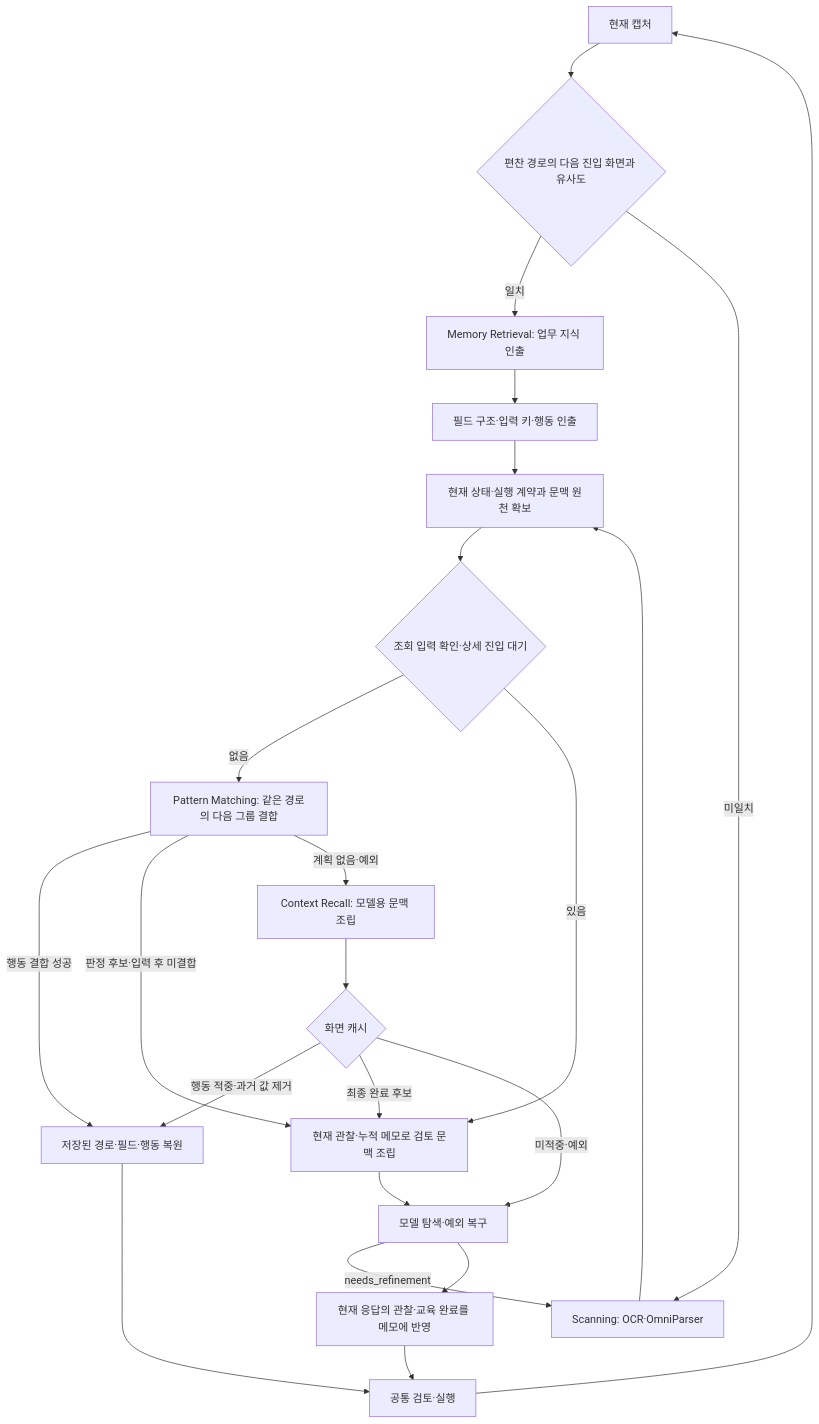
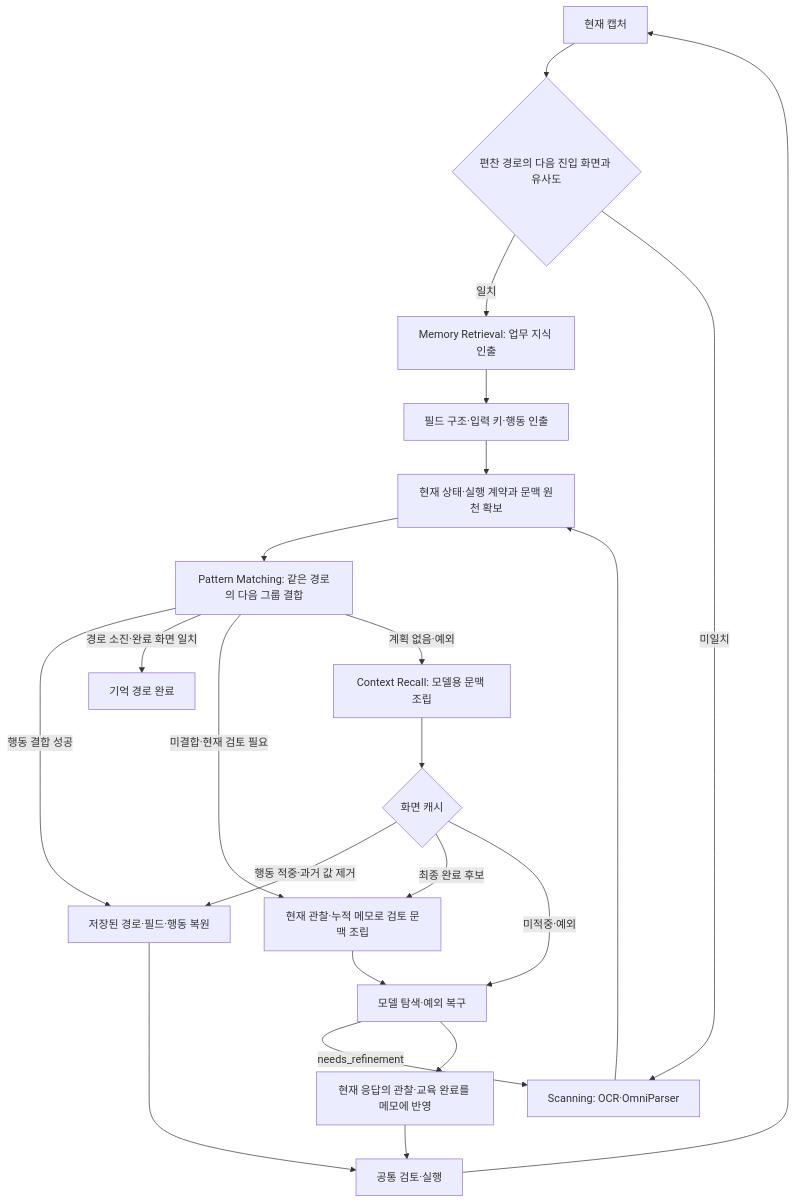
The third of 3 diagrams in docs/code-flow.md (Dreamtreeme/agent-sawon), drawn with Mermaid before and after one commit. The commit also changed other lines of this file and 13 other files, not shown here.

````diff
--- a/docs/code-flow.md
+++ b/docs/code-flow.md
@@ -68,25 +68,24 @@
 ```mermaid
 flowchart TD
     CAP[현재 캡처] --> SIM{편찬 경로의 다음 진입 화면과 유사도}
     SIM -->|일치| MEM[Memory Retrieval: 업무 지식 인출]
     SIM -->|미일치| SCAN[Scanning: OCR·OmniParser]
     MEM --> STRUCTURE[필드 구조·입력 키·행동 인출]
     STRUCTURE --> STATE[현재 상태·실행 계약과 문맥 원천 확보]
     SCAN --> STATE
-    STATE --> NEED{조회 입력 확인·상세 진입 대기}
-    NEED -->|없음| MATCH[Pattern Matching: 같은 경로의 다음 그룹 결합]
-    NEED -->|있음| CURRENT[현재 관찰·누적 메모로 검토 문맥 조립]
+    STATE --> MATCH[Pattern Matching: 같은 경로의 다음 그룹 결합]
     MATCH -->|행동 결합 성공| RESTORE[저장된 경로·필드·행동 복원]
-    MATCH -->|판정 후보·입력 후 미결합| CURRENT
+    MATCH -->|경로 소진·완료 화면 일치| FINISH[기억 경로 완료]
+    MATCH -->|미결합·현재 검토 필요| CURRENT[현재 관찰·누적 메모로 검토 문맥 조립]
     MATCH -->|계획 없음·예외| RECALL[Context Recall: 모델용 문맥 조립]
     RECALL --> CACHE{화면 캐시}
     CACHE -->|행동 적중·과거 값 제거| RESTORE
     CACHE -->|최종 완료 후보| CURRENT
     CACHE -->|미적중·예외| DECIDE[모델 탐색·예외 복구]
     CURRENT --> DECIDE
     DECIDE -->|needs_refinement| SCAN
     DECIDE --> MEMO[현재 응답의 관찰·교육 완료를 메모에 반영]
     MEMO --> EXEC[공통 검토·실행]
     RESTORE --> EXEC
     EXEC --> CAP
 ```
````
